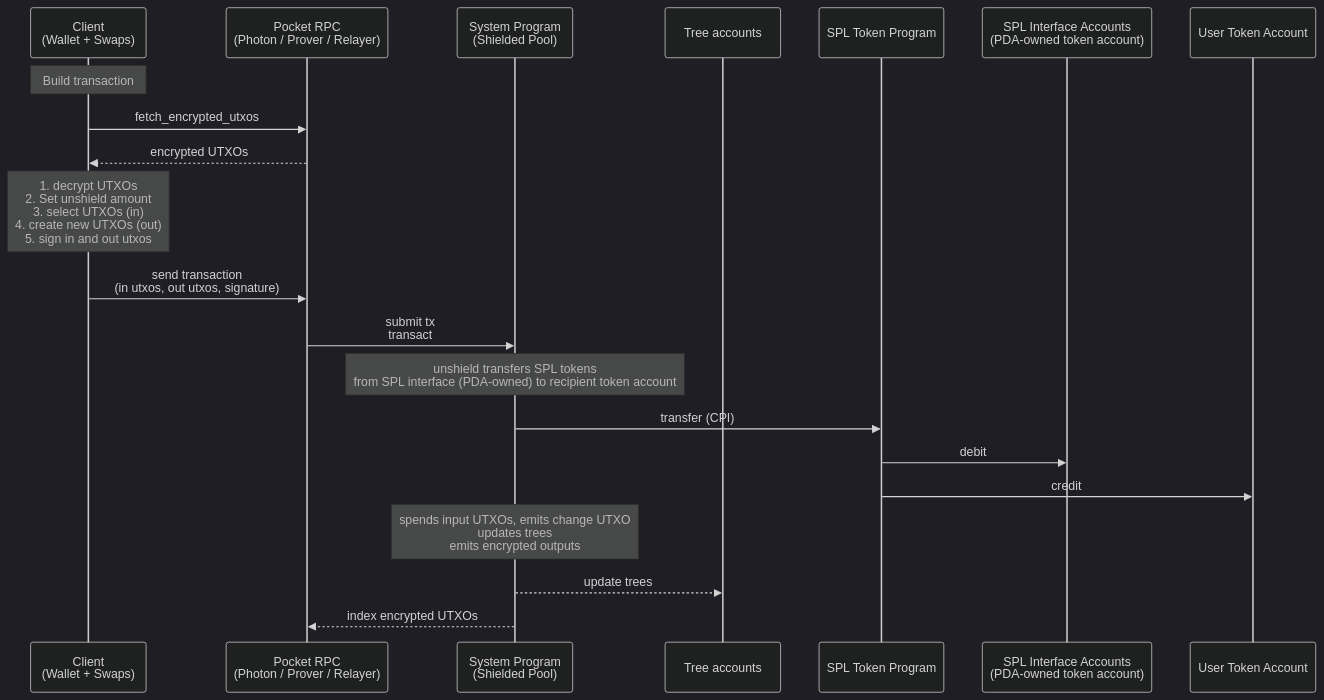
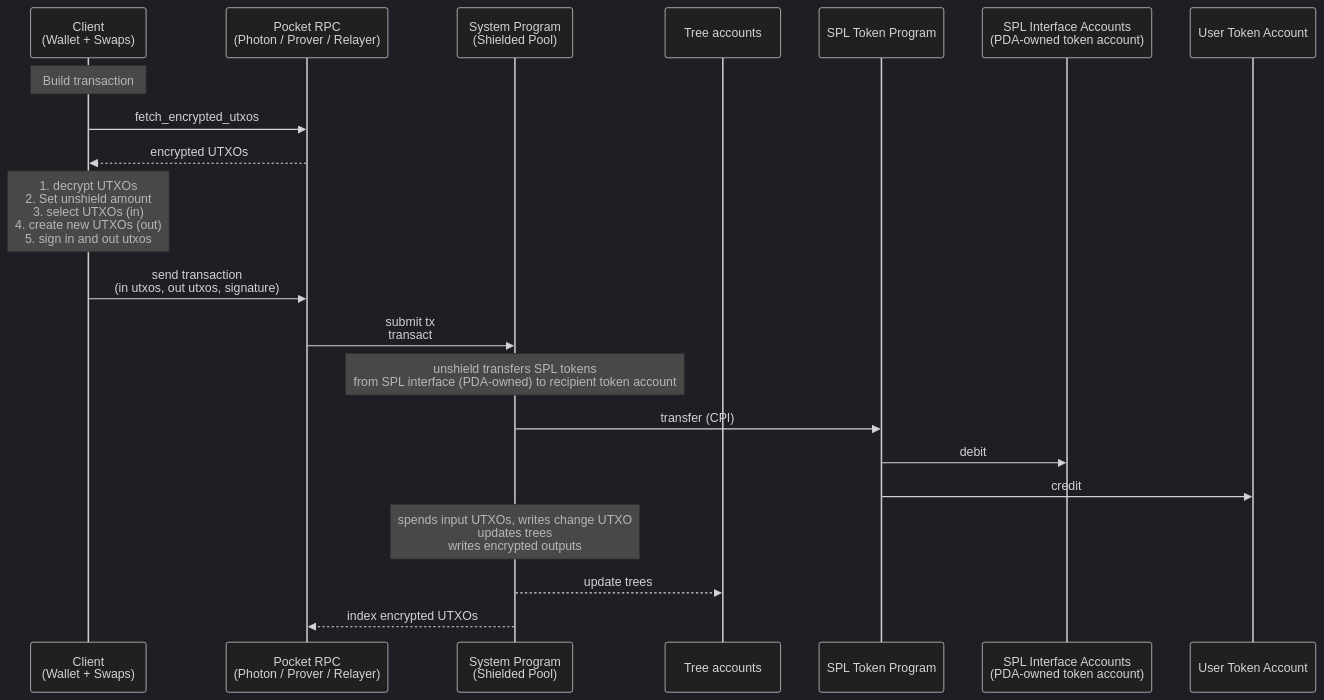
One commit to helius-labs/zolana changed the fourth of 10 diagrams in docs/spec.md. Above: the diagram before and after it, drawn with Mermaid (dark theme). The commit also changed other lines of this file, not shown here.

````diff
--- a/docs/spec.md
+++ b/docs/spec.md
@@ -381,27 +381,27 @@
 ```mermaid
 sequenceDiagram
     participant Client as Client<br>(Wallet + Swaps)
     participant PocketRPC as Pocket RPC<br>(Photon / Prover / Relayer)
     participant System as System Program<br>(Shielded Pool)
     participant Trees as Tree accounts
     participant Token as SPL Token Program
     participant SplInterface as SPL Interface Accounts<br>(PDA-owned token account)
     participant UserToken as User Token Account
 
     Note over Client: Build transaction
     Client->>PocketRPC: fetch_encrypted_utxos
     PocketRPC-->>Client: encrypted UTXOs
     Note over Client: 1. decrypt UTXOs <br> 2. Set unshield amount <br> 3. select UTXOs (in) <br> 4. create new UTXOs (out) <br> 5. sign in and out utxos
 
     Client->>PocketRPC: send transaction <br>(in utxos, out utxos, signature)
     PocketRPC->>System: submit tx<br>transact
 
     Note over System: unshield transfers SPL tokens<br>from SPL interface (PDA-owned) to recipient token account
     System->>Token: transfer (CPI)
     Token->>SplInterface: debit
     Token->>UserToken: credit
 
-    Note over System: spends input UTXOs, emits change UTXO<br>updates trees<br>emits encrypted outputs
+    Note over System: spends input UTXOs, writes change UTXO<br>updates trees<br>writes encrypted outputs
     System-->>Trees: update trees
     System-->>PocketRPC: index encrypted UTXOs
 ```
````
